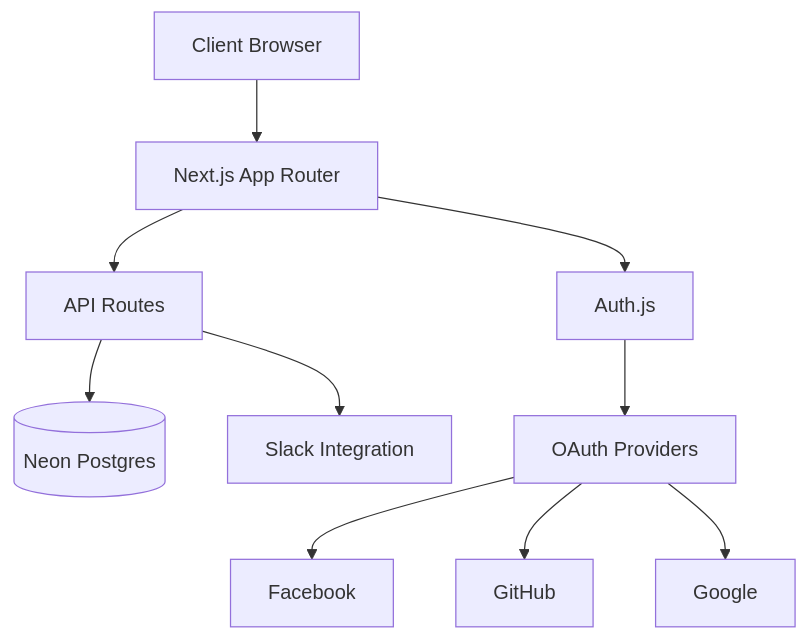
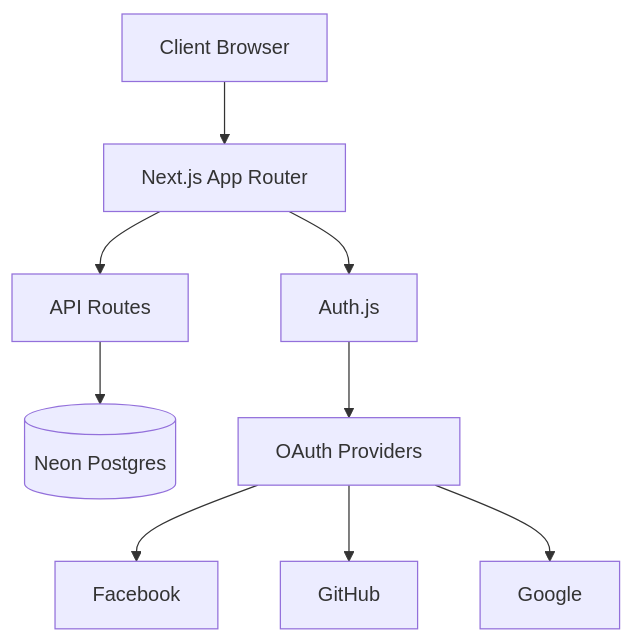
One commit to nalbam/nextjs-admin changed the first of 2 diagrams in ARCHITECTURE.md. Above: the diagram before and after it, drawn with Mermaid. The commit also changed other lines of this file and 12 other files, not shown here.

````diff
--- a/ARCHITECTURE.md
+++ b/ARCHITECTURE.md
@@ -7,12 +7,11 @@
 ```mermaid
 graph TD
     Client[Client Browser] --> Next[Next.js App Router]
     Next --> Auth[Auth.js]
     Next --> API[API Routes]
     API --> DB[(Neon Postgres)]
-    API --> Slack[Slack Integration]
     Auth --> OAuth[OAuth Providers]
     OAuth --> Facebook[Facebook]
     OAuth --> GitHub[GitHub]
     OAuth --> Google[Google]
 ```
````
